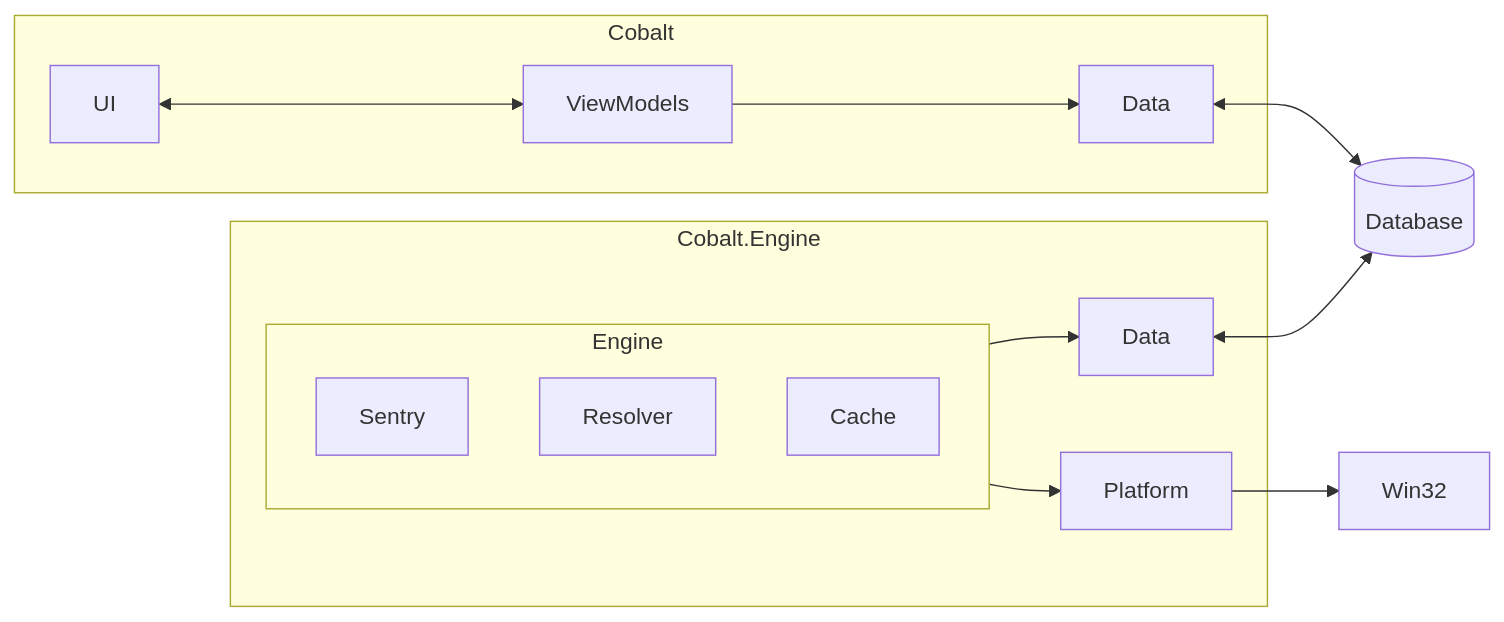
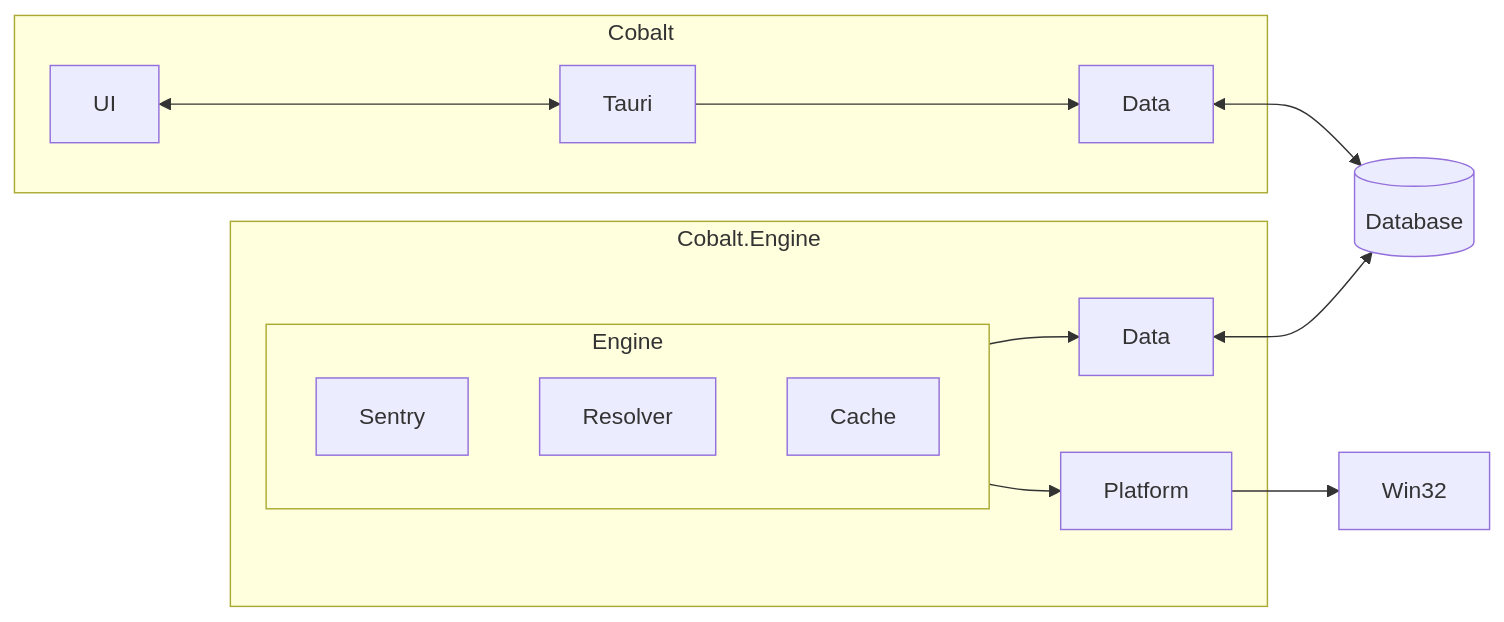
The first of 2 diagrams in ARCHITECTURE.md (Enigmatrix/Cobalt), drawn with Mermaid before and after one commit.

````diff
--- a/ARCHITECTURE.md
+++ b/ARCHITECTURE.md
@@ -8,24 +8,24 @@
 ```mermaid
 graph LR
 
     subgraph Cobalt.Engine
         subgraph Engine
             Sentry
             Resolver
             Cache
         end
         Engine --> Platform
         Engine --> EngineData[Data]
     end
 
     subgraph Cobalt
-        UI <--> ViewModels --> ViewerData[Data]
+        UI <--> Tauri --> ViewerData[Data]
     end
 
     Db[(Database)]
     Win32
 
     EngineData <--> Db
     ViewerData <--> Db
     Platform --> Win32
 ```
````
